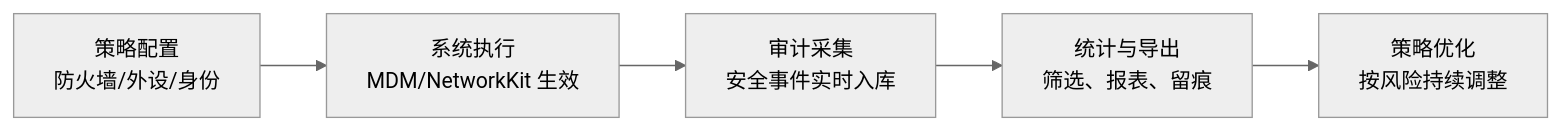
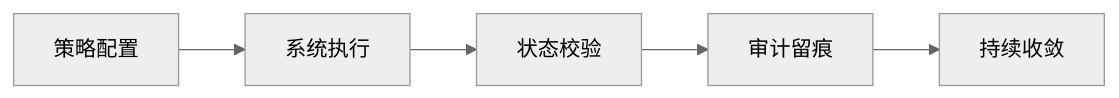
Before and after one commit to Deslord319/security_tool: the second of 2 diagrams in docs/02-总体设计/PRD.md, drawn with Mermaid (neutral theme). The commit also changed other lines of this file and 7 other files, not shown here.

````diff
--- a/docs/02-总体设计/PRD.md
+++ b/docs/02-总体设计/PRD.md
@@ -60,7 +324,7 @@
 ```mermaid
 flowchart LR
-  P1["策略配置<br/>防火墙/外设/身份"] --> P2["系统执行<br/>MDM/NetworkKit 生效"]
-  P2 --> P3["审计采集<br/>安全事件实时入库"]
-  P3 --> P4["统计与导出<br/>筛选、报表、留痕"]
-  P4 --> P5["策略优化<br/>按风险持续调整"]
+  P1["策略配置"] --> P2["系统执行"]
+  P2 --> P3["状态校验"]
+  P3 --> P4["审计留痕"]
+  P4 --> P5["持续收敛"]
 ```
````
